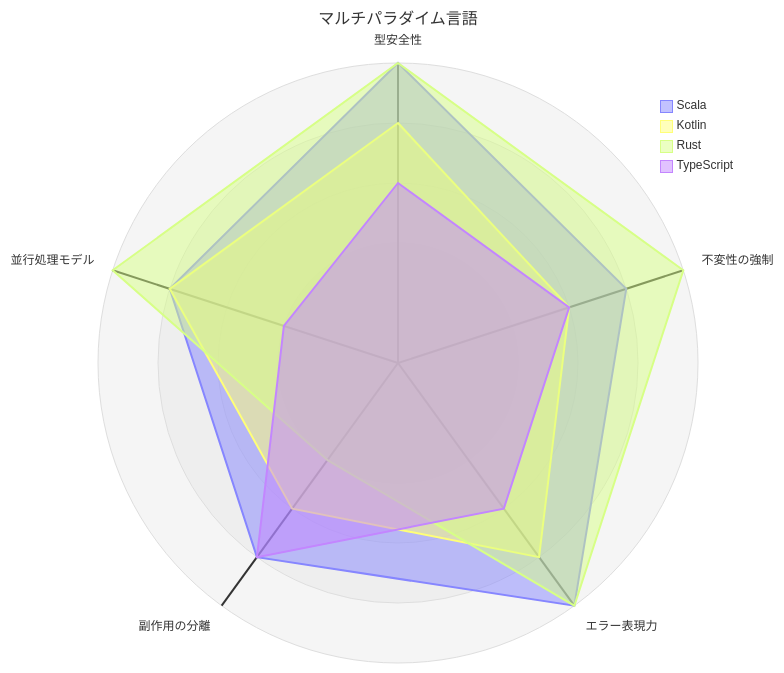
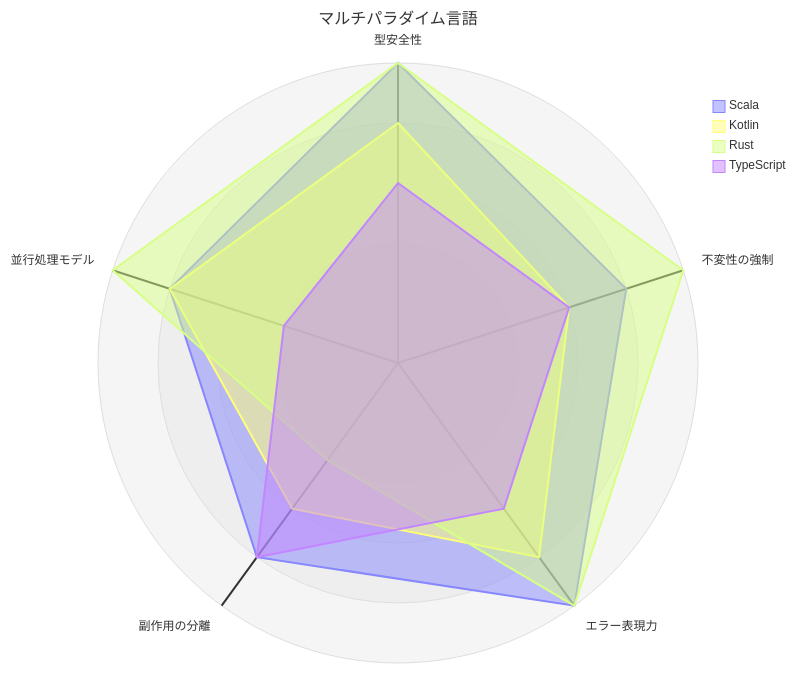
The second of 3 diagrams in docs/article/all/index.md (k2works/grokkingfp-excersice), drawn with Mermaid before and after one commit. The commit also changed other lines of this file and 12 other files, not shown here.

````diff
--- a/docs/article/all/index.md
+++ b/docs/article/all/index.md
@@ -84,16 +86,18 @@
 ```mermaid
 ---
 config:
   radar:
     curveTension: 0
+    marginLeft: 120
+    marginRight: 120
 ---
 radar-beta
   title マルチパラダイム言語
   axis a1["型安全性"], a2["不変性の強制"], a3["エラー表現力"], a4["副作用の分離"], a5["並行処理モデル"]
   curve scala["Scala"]{5, 4, 5, 4, 4}
   curve kotlin["Kotlin"]{4, 3, 4, 3, 4}
   curve rust["Rust"]{5, 5, 5, 2, 5}
   curve typescript["TypeScript"]{3, 3, 3, 4, 2}
   max 5
   min 0
 ```
````
